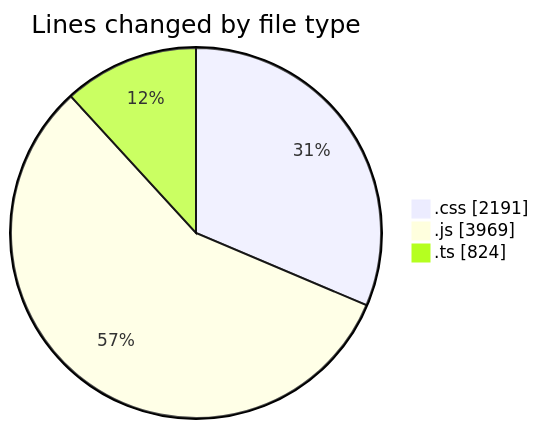
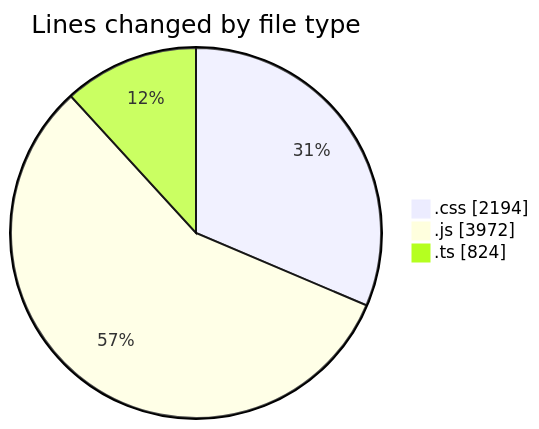
Before and after one commit to tmsrecording-cyber/code-tracking: the first of 2 diagrams in 2026-04-24/darkwire/README.md, drawn with Mermaid. The commit also changed other lines of this file and 1 other file, not shown here.

````diff
--- a/2026-04-24/darkwire/README.md
+++ b/2026-04-24/darkwire/README.md
@@ -28,7 +28,7 @@
 ```mermaid
 pie showData
 title Lines changed by file type
-".css" : 2191
-".js" : 3969
+".css" : 2194
+".js" : 3972
 ".ts" : 824
 ```
````
